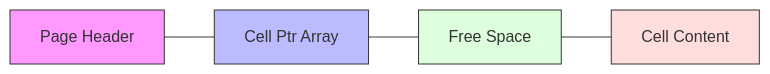
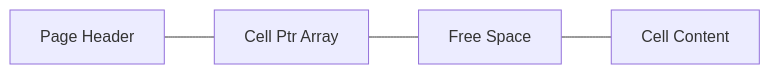
Before and after one commit to KnightKnight27/scaler-Adv-DBMS: the fourth of 4 diagrams in System_Design_Docs/postgresql-vs-sqlite/README.md, drawn with Mermaid. The commit also changed other lines of this file and 3 other files, not shown here.

Commit message:
chore: change styling for diagrams

````diff
--- a/System_Design_Docs/postgresql-vs-sqlite/README.md
+++ b/System_Design_Docs/postgresql-vs-sqlite/README.md
@@ -93,9 +74,4 @@
 ```mermaid
 graph LR
     H["Page Header"] --- C["Cell Ptr Array"] --- F["Free Space"] --- CC["Cell Content"]
-
-    style H fill:#f9f,stroke:#333,stroke-width:1px
-    style C fill:#bbf,stroke:#333,stroke-width:1px
-    style F fill:#dfd,stroke:#333,stroke-width:1px
-    style CC fill:#fdd,stroke:#333,stroke-width:1px
 ```
````
